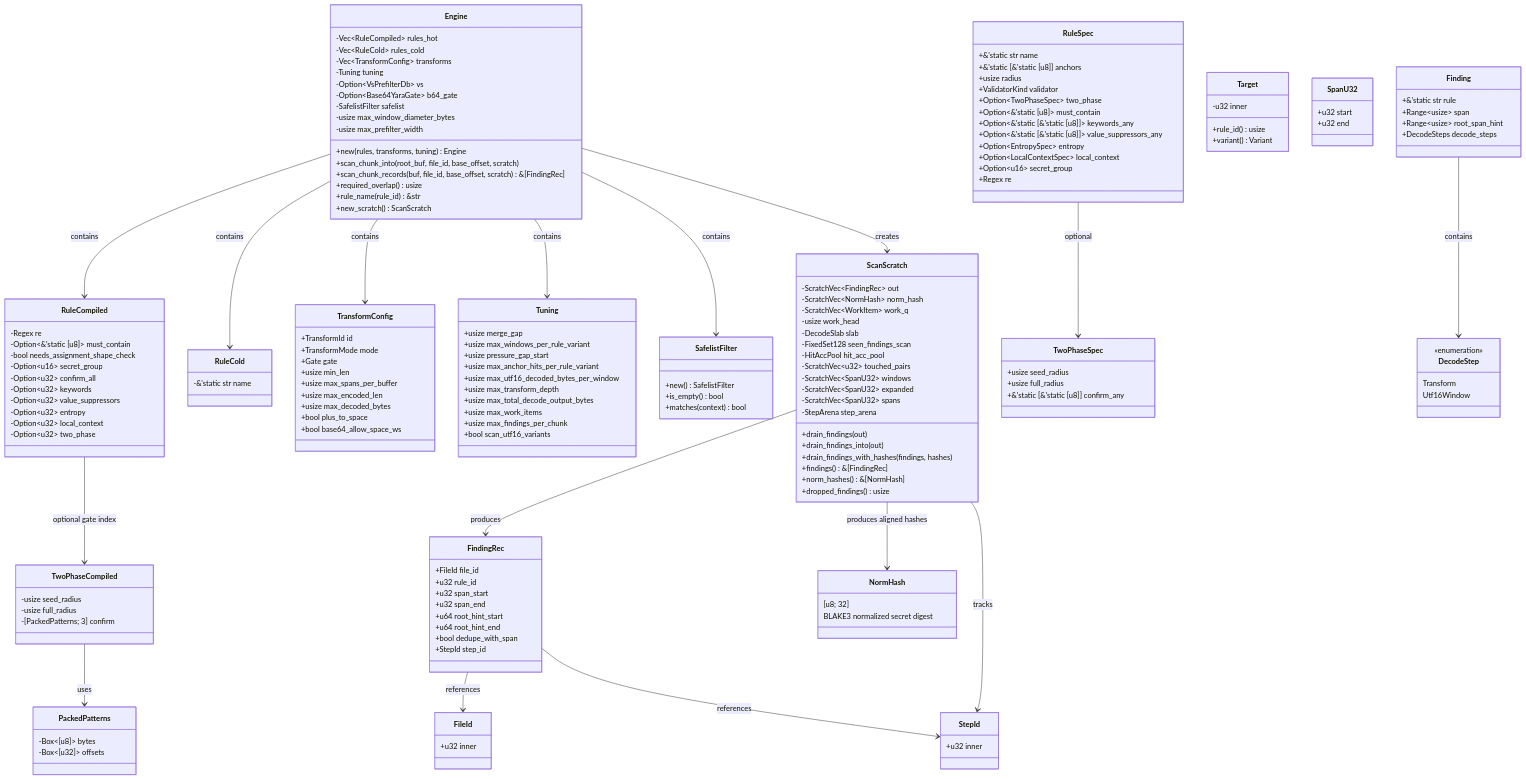
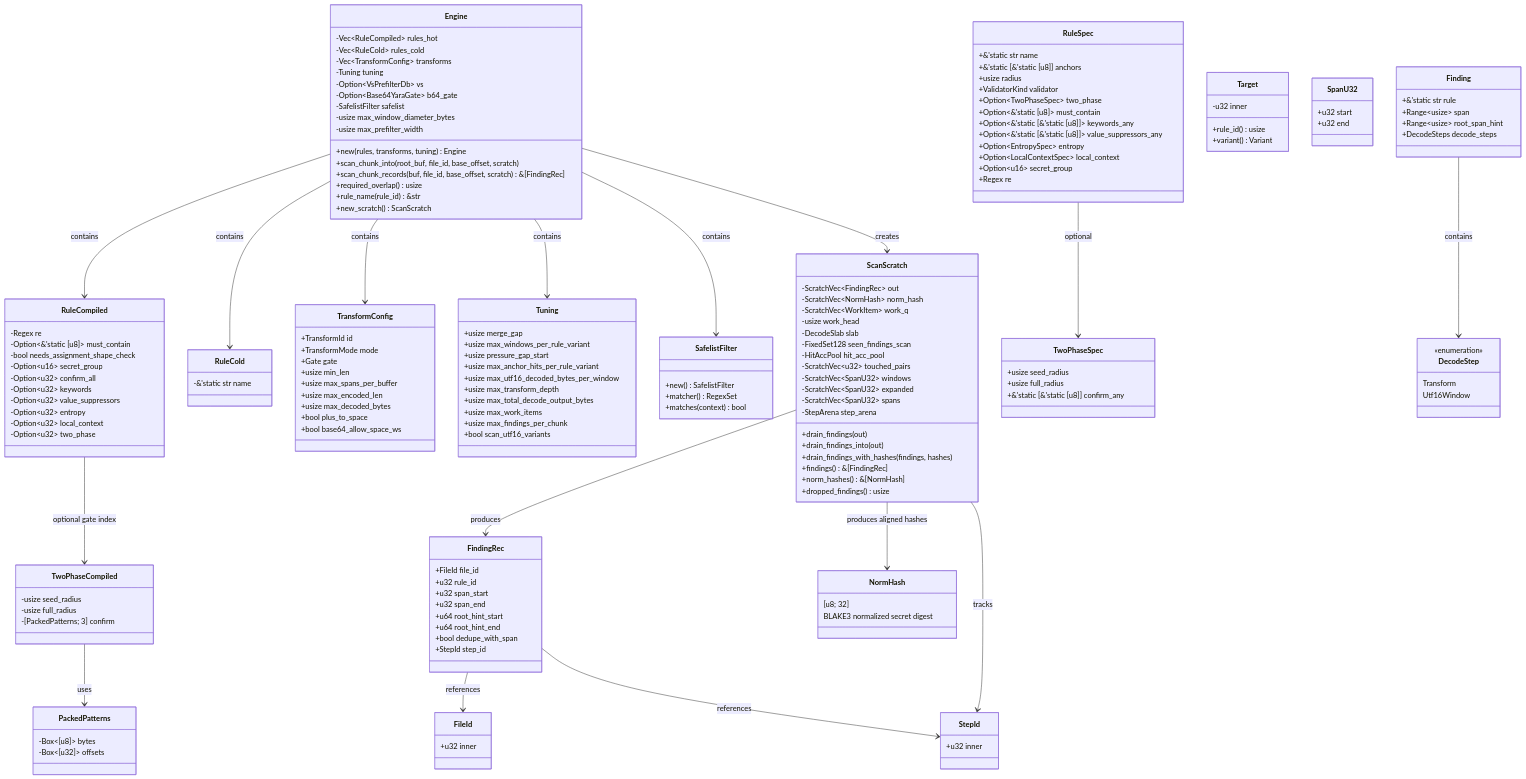
The first of 6 diagrams in docs/data-types.md (ahrav/scratch-scanner-rs), drawn with Mermaid before and after one commit. The commit also changed 7 other files, not shown here.

```diff
--- a/docs/data-types.md
+++ b/docs/data-types.md
@@ -74,7 +74,7 @@
 
     class SafelistFilter {
         +new() SafelistFilter
-        +is_empty() bool
+        +matcher() RegexSet
         +matches(context) bool
     }
 
```
